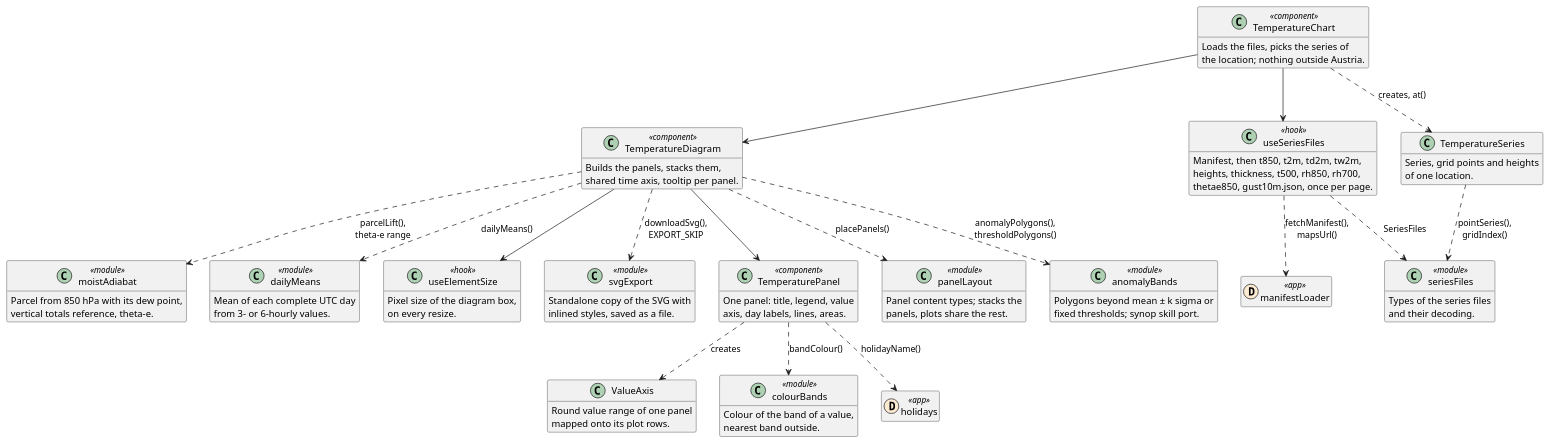
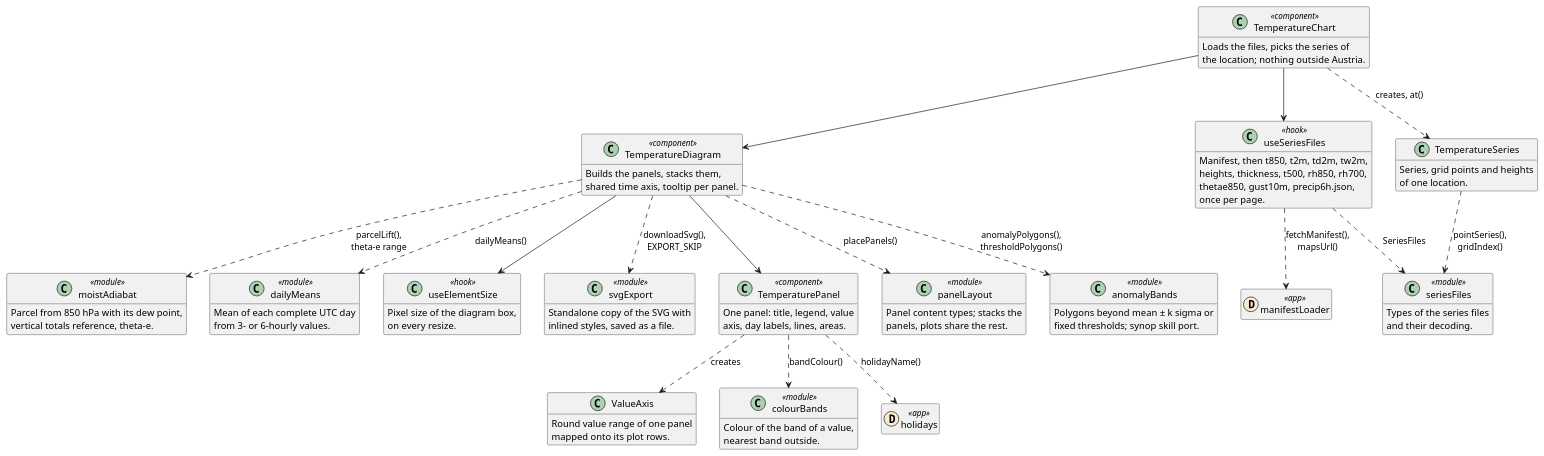
Before and after one commit to schletz/wetterkartenviewer: the second of 2 diagrams in REFERENCE.webapp.md, drawn with PlantUML. The commit also changed other lines of this file and 12 other files, not shown here.

````diff
--- a/REFERENCE.webapp.md
+++ b/REFERENCE.webapp.md
@@ -168,80 +168,81 @@
 ```plantuml
 @startuml temperature
 hide empty members
 class TemperatureChart <<component>> {
  Loads the files, picks the series of
  the location; nothing outside Austria.
 }
 class TemperatureDiagram <<component>> {
  Builds the panels, stacks them,
  shared time axis, tooltip per panel.
 }
 class TemperaturePanel <<component>> {
  One panel: title, legend, value
  axis, day labels, lines, areas.
 }
 class useSeriesFiles <<hook>> {
  Manifest, then t850, t2m, td2m, tw2m,
  heights, thickness, t500, rh850, rh700,
- thetae850, gust10m.json, once per page.
+ thetae850, gust10m, precip6h.json,
+ once per page.
 }
 class TemperatureSeries {
  Series, grid points and heights
  of one location.
 }
 class panelLayout <<module>> {
  Panel content types; stacks the
  panels, plots share the rest.
 }
 class ValueAxis {
  Round value range of one panel
  mapped onto its plot rows.
 }
 class anomalyBands <<module>> {
  Polygons beyond mean ± k sigma or
  fixed thresholds; synop skill port.
 }
 class moistAdiabat <<module>> {
  Parcel from 850 hPa with its dew point,
  vertical totals reference, theta-e.
 }
 class dailyMeans <<module>> {
  Mean of each complete UTC day
  from 3- or 6-hourly values.
 }
 class colourBands <<module>> {
  Colour of the band of a value,
  nearest band outside.
 }
 class seriesFiles <<module>> {
  Types of the series files
  and their decoding.
 }
 class useElementSize <<hook>> {
  Pixel size of the diagram box,
  on every resize.
 }
 class svgExport <<module>> {
  Standalone copy of the SVG with
  inlined styles, saved as a file.
 }
 class manifestLoader << (D,#fdebd1) app >>
 class holidays << (D,#fdebd1) app >>
 TemperatureChart --> useSeriesFiles
 TemperatureChart ..> TemperatureSeries : creates, at()
 TemperatureChart --> TemperatureDiagram
 useSeriesFiles ..> manifestLoader : fetchManifest(),\nmapsUrl()
 useSeriesFiles ..> seriesFiles : SeriesFiles
 TemperatureSeries ..> seriesFiles : pointSeries(),\ngridIndex()
 TemperatureDiagram ..> panelLayout : placePanels()
 TemperatureDiagram ..> anomalyBands : anomalyPolygons(),\nthresholdPolygons()
 TemperatureDiagram ..> moistAdiabat : parcelLift(),\ntheta-e range
 TemperatureDiagram ..> dailyMeans : dailyMeans()
 TemperatureDiagram --> TemperaturePanel
 TemperatureDiagram --> useElementSize
 TemperatureDiagram ..> svgExport : downloadSvg(),\nEXPORT_SKIP
 TemperaturePanel ..> ValueAxis : creates
 TemperaturePanel ..> holidays : holidayName()
 TemperaturePanel ..> colourBands : bandColour()
 @enduml
 ```
````
